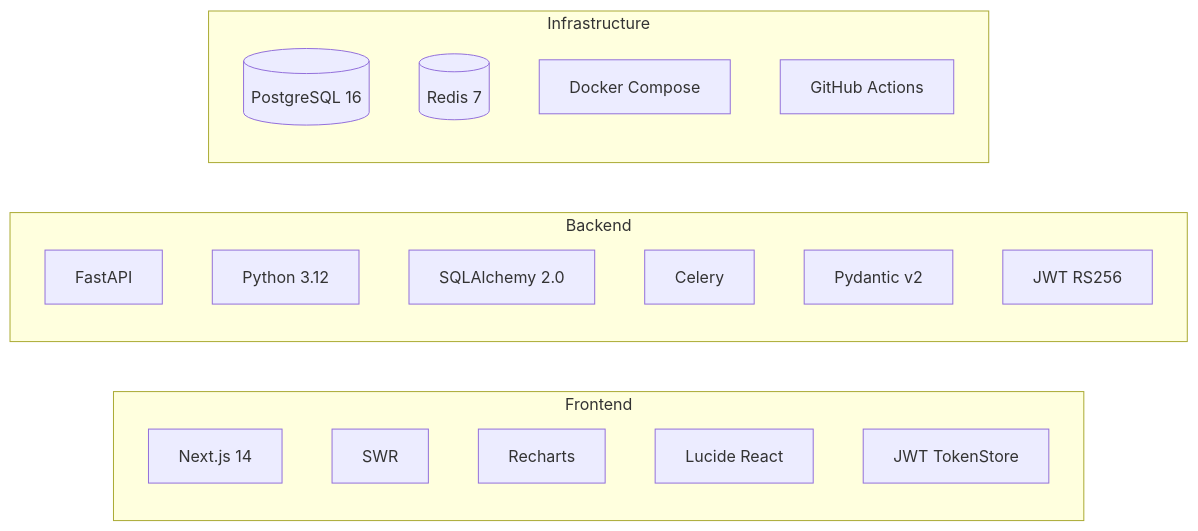
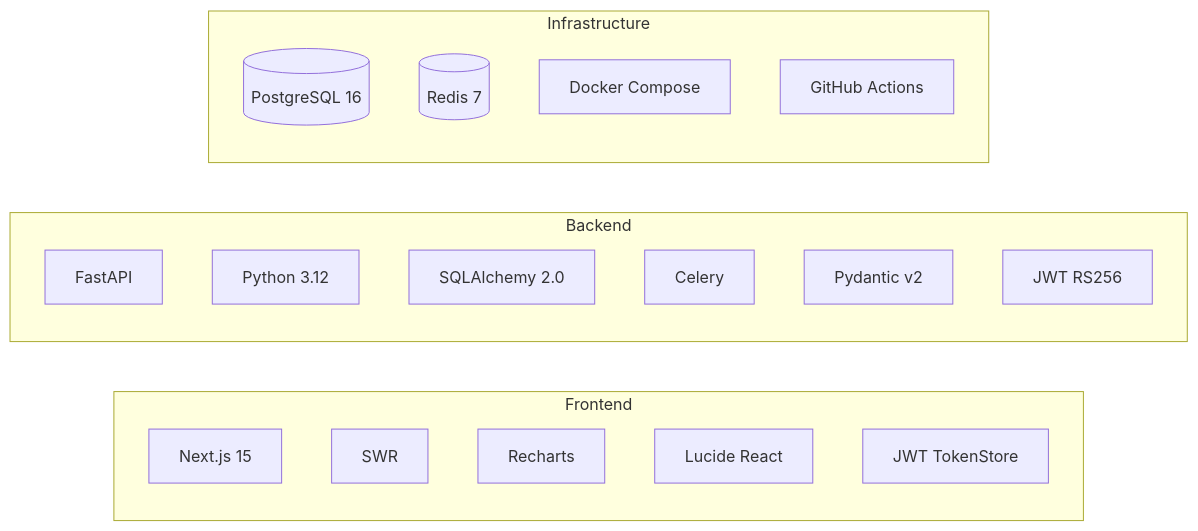
One commit to Kensan196948G/ZeroTrust-ID-Governance changed the sixth of 8 diagrams in README.md. Above: the diagram before and after it, drawn with Mermaid. The commit also changed other lines of this file, not shown here.

````diff
--- a/README.md
+++ b/README.md
@@ -254,26 +255,26 @@
 ```mermaid
 graph LR
     subgraph FE["Frontend"]
-        NX[Next.js 14]
+        NX[Next.js 15]
         SWR[SWR]
         RC[Recharts]
         LR[Lucide React]
         JWT_FE[JWT TokenStore]
     end
 
     subgraph BE["Backend"]
         FA[FastAPI]
         PY[Python 3.12]
         SA[SQLAlchemy 2.0]
         CL[Celery]
         PD[Pydantic v2]
         JWT_BE[JWT RS256]
     end
 
     subgraph INFRA["Infrastructure"]
         PG[(PostgreSQL 16)]
         RD[(Redis 7)]
         DC[Docker Compose]
         GH[GitHub Actions]
     end
 ```
````
